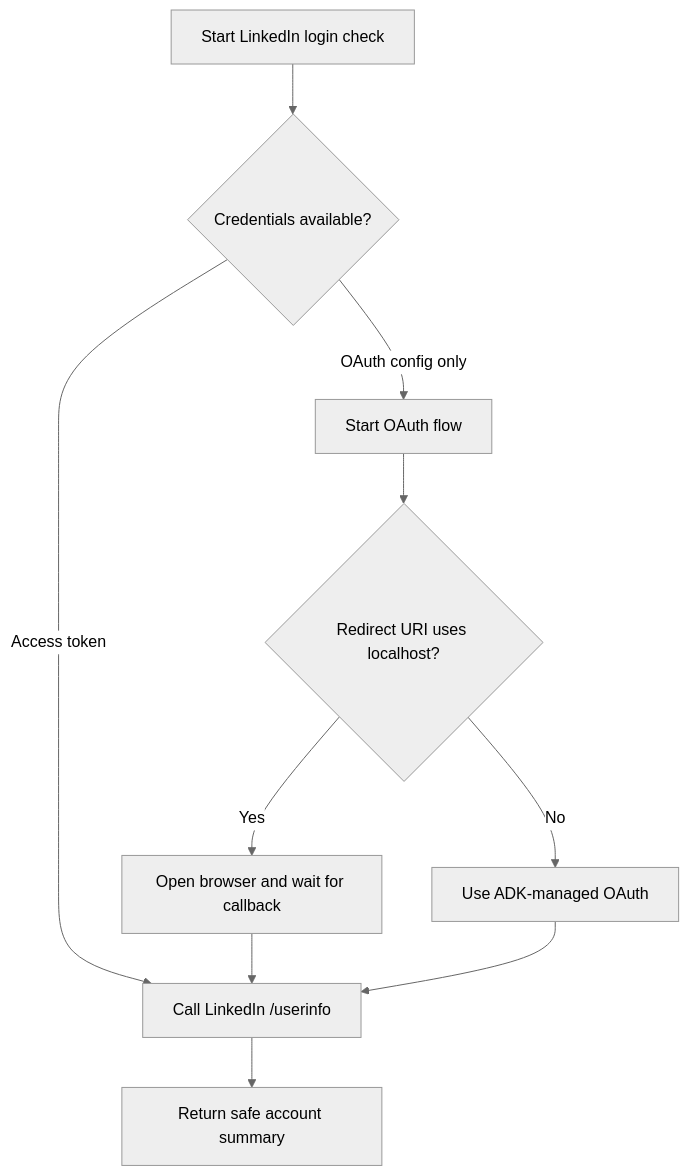
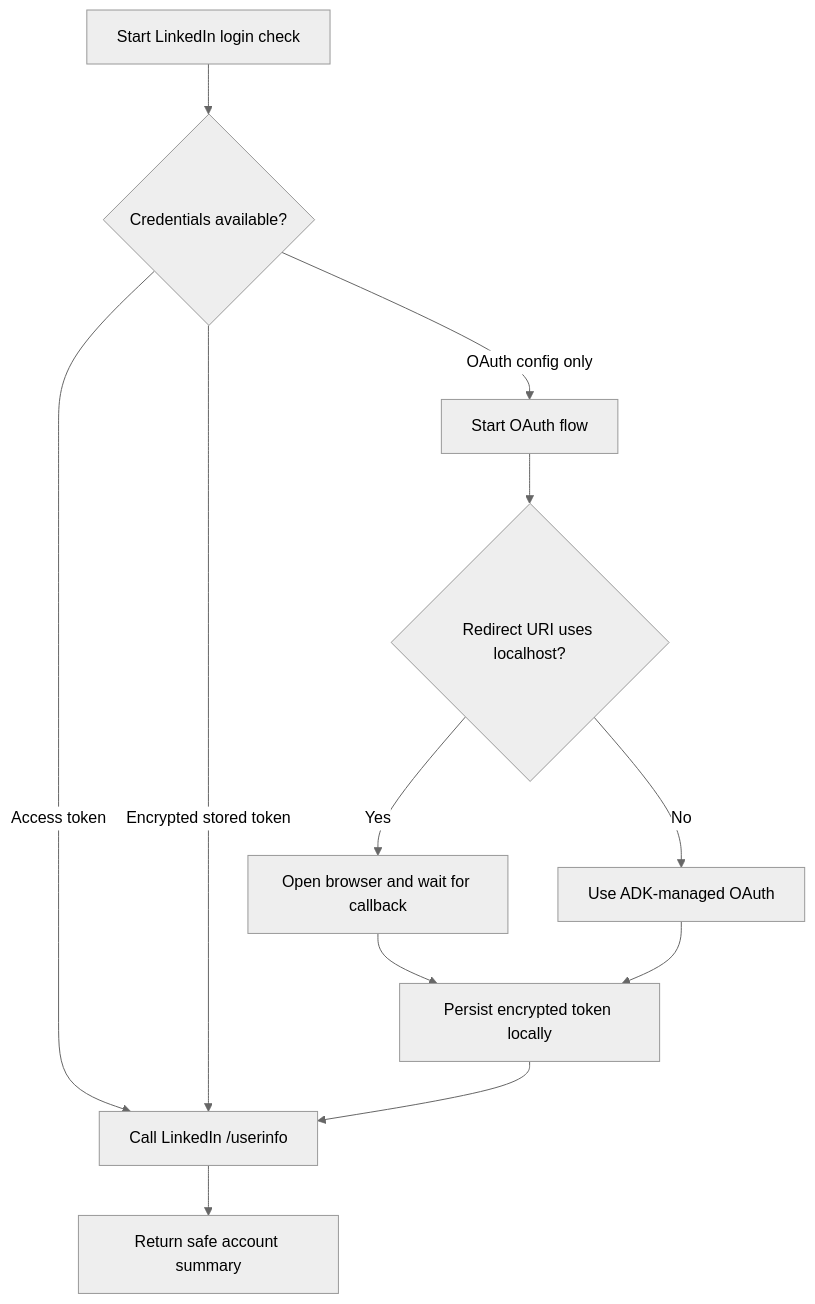
Before and after one commit to ianmaciel7/linkedin-agent: the first of 3 diagrams in README.md, drawn with Mermaid (neutral theme). The commit also changed other lines of this file and 15 other files, not shown here.

Commit message:
feat: implement local encrypted token storage for LinkedIn OAuth credentials

````diff
--- a/README.md
+++ b/README.md
@@ -29,12 +30,14 @@
 ```mermaid
 flowchart TD
     A[Start LinkedIn login check] --> B{Credentials available?}
     B -->|Access token| C[Call LinkedIn /userinfo]
+    B -->|Encrypted stored token| C
     B -->|OAuth config only| D[Start OAuth flow]
     D --> E{Redirect URI uses localhost?}
     E -->|Yes| F[Open browser and wait for callback]
     E -->|No| G[Use ADK-managed OAuth]
-    F --> C
-    G --> C
-    C --> H[Return safe account summary]
+    F --> H[Persist encrypted token locally]
+    G --> H
+    H --> C
+    C --> I[Return safe account summary]
 ```
````
